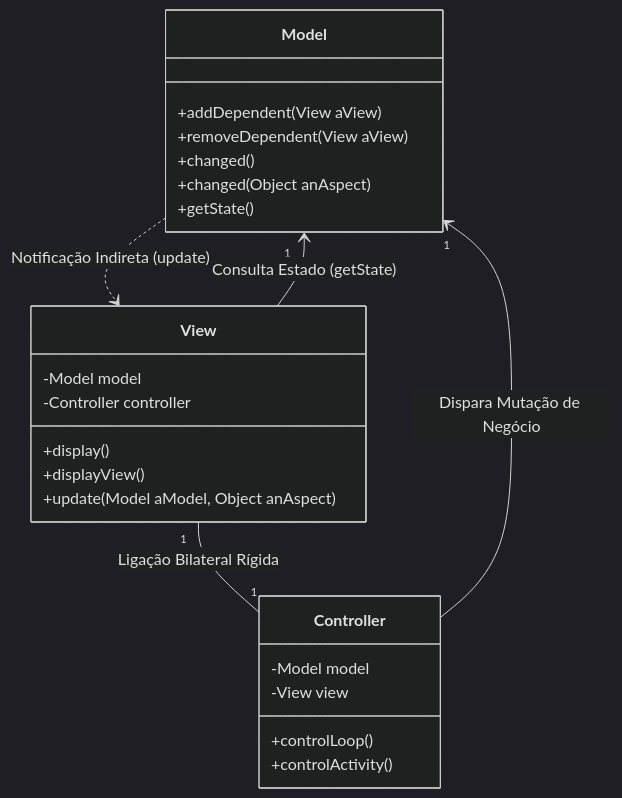
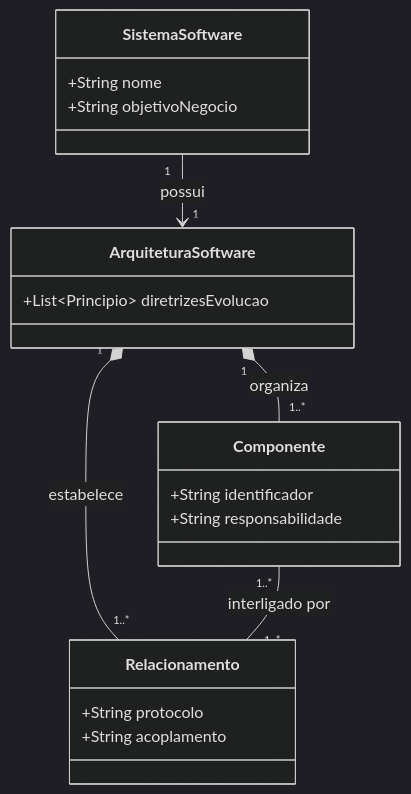
Before and after one commit to murilolol/unifef: diagram 20 of 32 in 4º Semestre/[Prof. Wesley Soares] Engenharia de Software II/Resumos-IA/Caderno-Consolidado.md, drawn with Mermaid (dark theme). The commit also changed other lines of this file and 10 other files, not shown here.

````diff
--- a/4º Semestre/[Prof. Wesley Soares] Engenharia de Software II/Resumos-IA/Caderno-Consolidado.md
+++ b/4º Semestre/[Prof. Wesley Soares] Engenharia de Software II/Resumos-IA/Caderno-Consolidado.md
@@ -902,28 +951,23 @@
 ```mermaid
 classDiagram
-    class Model {
-        +addDependent(View aView)
-        +removeDependent(View aView)
-        +changed()
-        +changed(Object anAspect)
-        +getState()
-    }
-    class View {
-        -Model model
-        -Controller controller
-        +display()
-        +displayView()
-        +update(Model aModel, Object anAspect)
-    }
-    class Controller {
-        -Model model
-        -View view
-        +controlLoop()
-        +controlActivity()
-    }
+  class SistemaSoftware {
+    +String nome
+    +String objetivoNegocio
+  }
+  class ArquiteturaSoftware {
+    +List~Principio~ diretrizesEvolucao
+  }
+  class Componente {
+    +String identificador
+    +String responsabilidade
+  }
+  class Relacionamento {
+    +String protocolo
+    +String acoplamento
+  }
 
-    View "1" -- "1" Controller : Ligação Bilateral Rígida
-    View --> "1" Model : Consulta Estado (getState)
-    Controller --> "1" Model : Dispara Mutação de Negócio
-    Model ..> View : Notificação Indireta (update)
+  SistemaSoftware "1" --> "1" ArquiteturaSoftware : possui
+  ArquiteturaSoftware "1" *-- "1..*" Componente : organiza
+  ArquiteturaSoftware "1" *-- "1..*" Relacionamento : estabelece
+  Componente "1..*" -- "1..*" Relacionamento : interligado por
 ```
````
